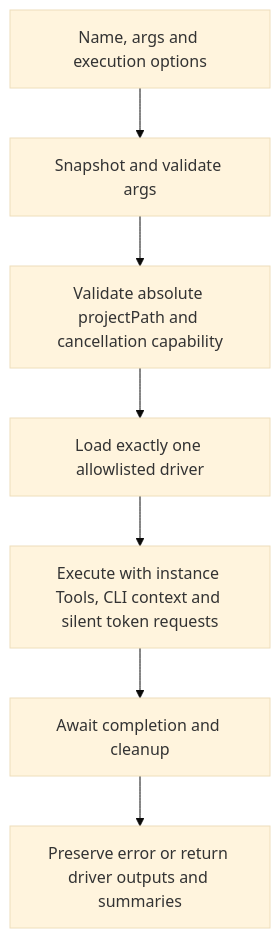
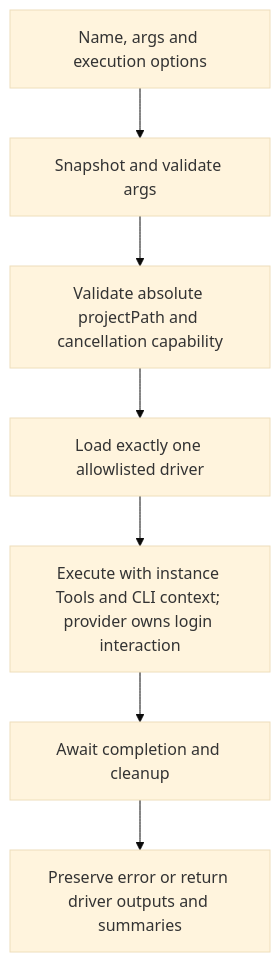
The diagram in docs/03-specs/operations/lifecycle/execute-action-client.md (OfficeDev/microsoft-365-agents-toolkit), drawn with Mermaid (base theme) before and after one commit. The commit also changed other lines of this file and 4 other files, not shown here.

First line of the commit message:
fix(fx-core): allow provider-owned action login

````diff
--- a/docs/03-specs/operations/lifecycle/execute-action-client.md
+++ b/docs/03-specs/operations/lifecycle/execute-action-client.md
@@ -53,9 +56,9 @@
 ```mermaid
 flowchart TD
   Input[Name, args and execution options] --> Validate[Snapshot and validate args]
   Validate --> Context[Validate absolute projectPath and cancellation capability]
   Context --> Load[Load exactly one allowlisted driver]
-  Load --> Execute[Execute with instance Tools, CLI context and silent token requests]
+  Load --> Execute[Execute with instance Tools and CLI context; provider owns login interaction]
   Execute --> Finish[Await completion and cleanup]
   Finish --> Result[Preserve error or return driver outputs and summaries]
 ```
````
